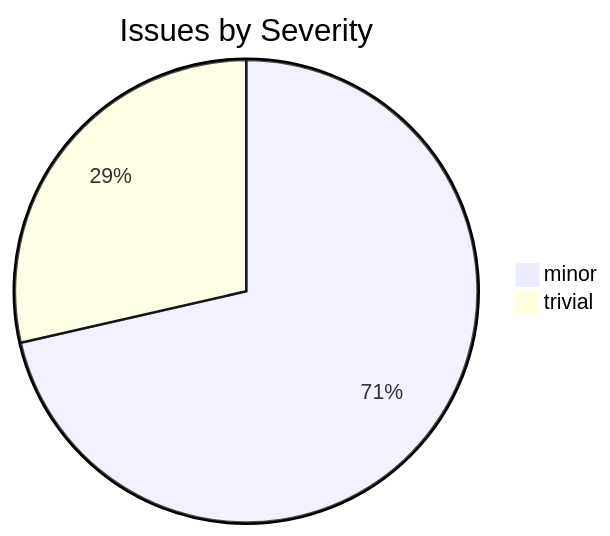
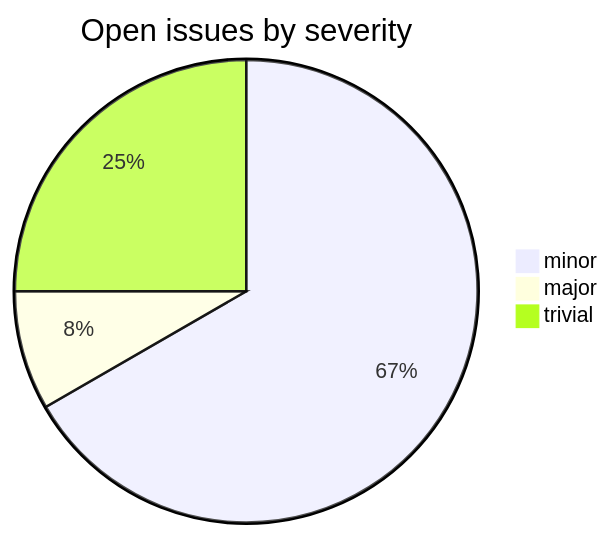
Before and after one commit to recursivepaws/csl-inflect: the second of 2 diagrams in README.md, drawn with Mermaid. The commit also changed other lines of this file, not shown here.

Commit message:
docs(runbook): apply tooling-repo taxonomy (12 open issues)

````diff
--- a/README.md
+++ b/README.md
@@ -25,5 +39,6 @@
 ```mermaid
-pie title Issues by Severity
-    "minor" : 5
-    "trivial" : 2
+pie title Open issues by severity
+    "minor" : 8
+    "major" : 1
+    "trivial" : 3
 ```
````
